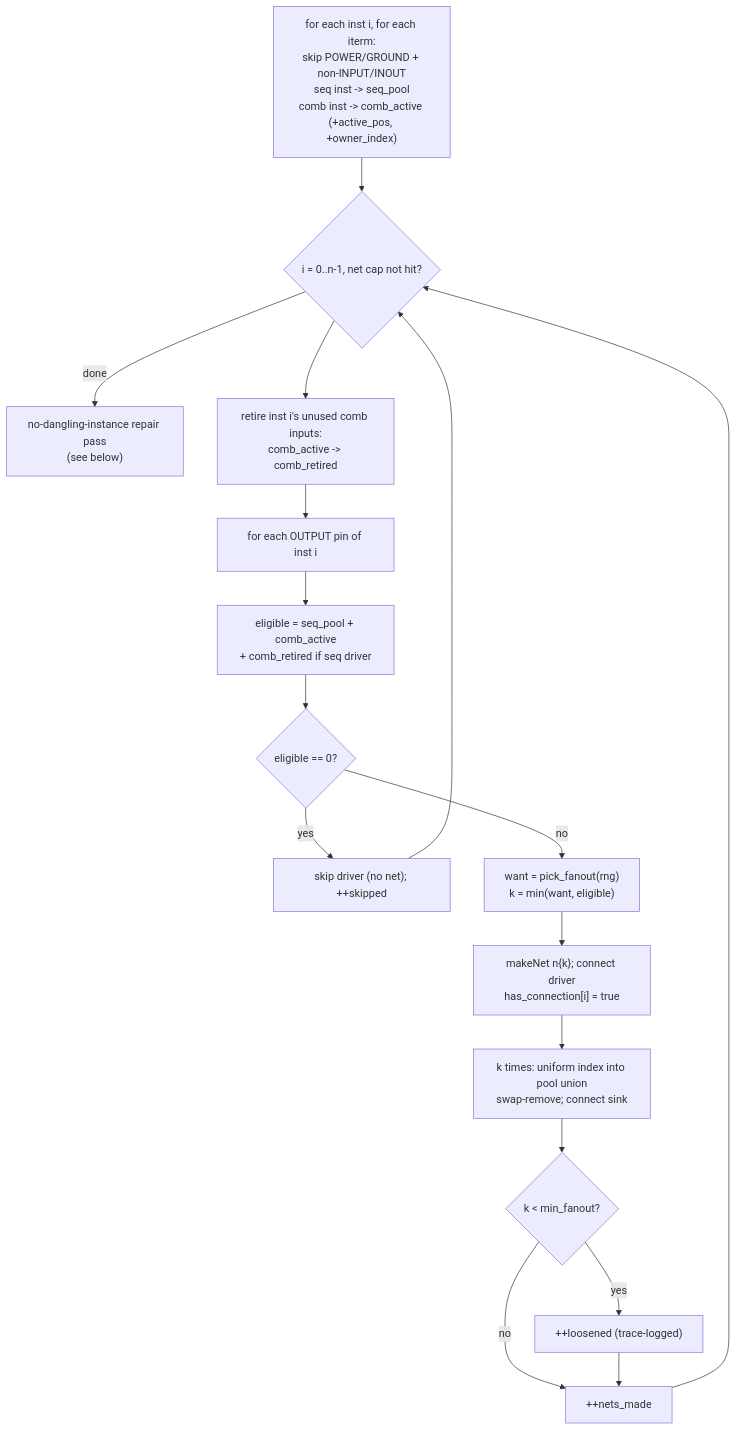
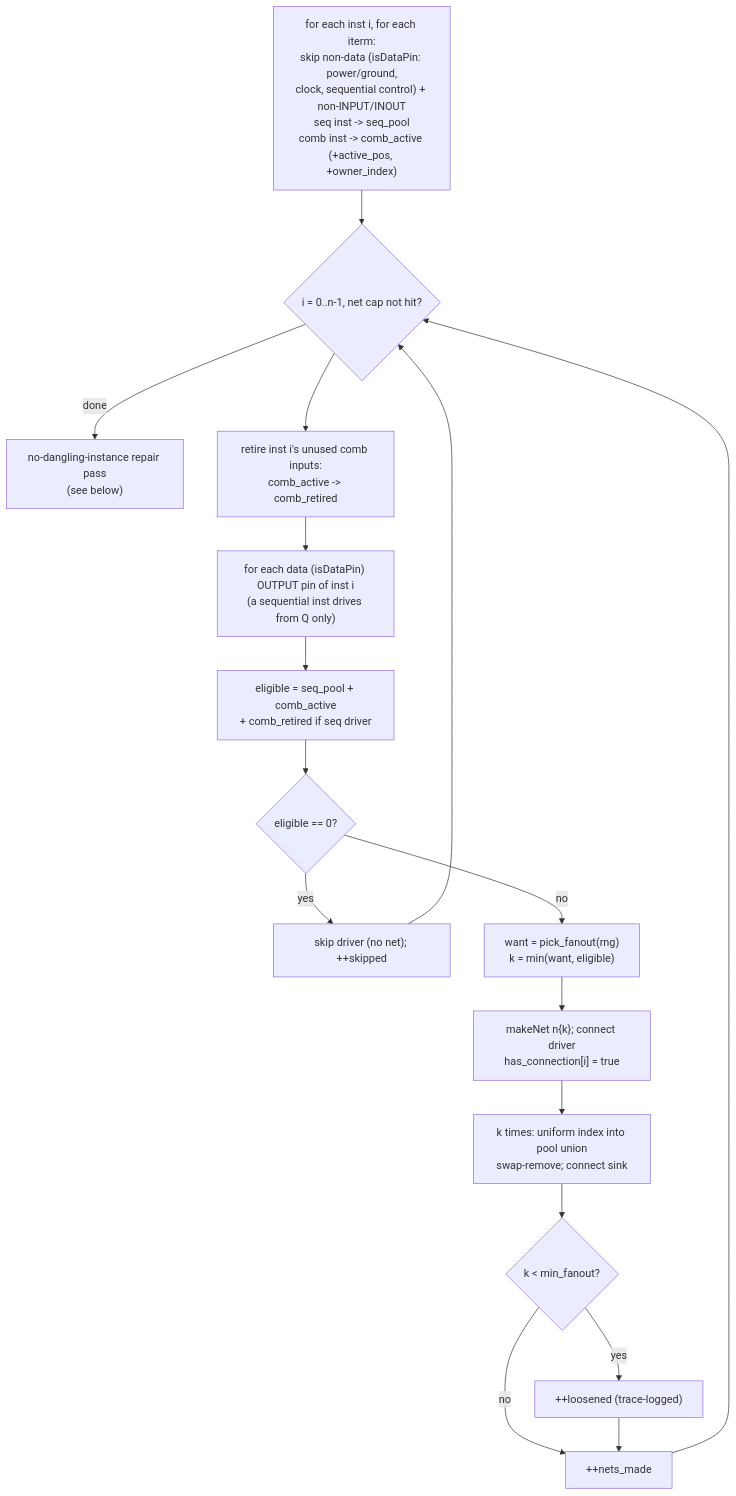
The seventh of 17 diagrams in src/engines/netlistgen/FLOW.md (rfive88/eda-lab), drawn with Mermaid before and after one commit. The commit also changed other lines of this file and 10 other files, not shown here.

First line of the commit message:
netlistgen: enforce D/Q-only sequential pin constraint and audit well-formedness

````diff
--- a/src/engines/netlistgen/FLOW.md
+++ b/src/engines/netlistgen/FLOW.md
@@ -291,19 +320,19 @@
 ```mermaid
 graph TD
-  fill["for each inst i, for each iterm:<br/>skip POWER/GROUND + non-INPUT/INOUT<br/>seq inst -> seq_pool<br/>comb inst -> comb_active (+active_pos, +owner_index)"] --> loop{"i = 0..n-1, net cap not hit?"}
+  fill["for each inst i, for each iterm:<br/>skip non-data (isDataPin: power/ground,<br/>clock, sequential control) + non-INPUT/INOUT<br/>seq inst -> seq_pool<br/>comb inst -> comb_active (+active_pos, +owner_index)"] --> loop{"i = 0..n-1, net cap not hit?"}
   loop -->|done| repairpass["no-dangling-instance repair pass<br/>(see below)"]
   loop --> retire["retire inst i's unused comb inputs:<br/>comb_active -> comb_retired"]
-  retire --> outs["for each OUTPUT pin of inst i"]
+  retire --> outs["for each data (isDataPin) OUTPUT pin of inst i<br/>(a sequential inst drives from Q only)"]
   outs --> elig["eligible = seq_pool + comb_active<br/>+ comb_retired if seq driver"]
   elig --> zero{"eligible == 0?"}
   zero -->|yes| skipd["skip driver (no net); ++skipped"]
   zero -->|no| draw["want = pick_fanout(rng)<br/>k = min(want, eligible)"]
   draw --> mk["makeNet n{k}; connect driver<br/>has_connection[i] = true"]
   mk --> sample["k times: uniform index into pool union<br/>swap-remove; connect sink"]
   sample --> loose{"k < min_fanout?"}
   loose -->|yes| cnt["++loosened (trace-logged)"]
   loose -->|no| next["++nets_made"]
   cnt --> next
   skipd --> loop
   next --> loop
 ```
````
